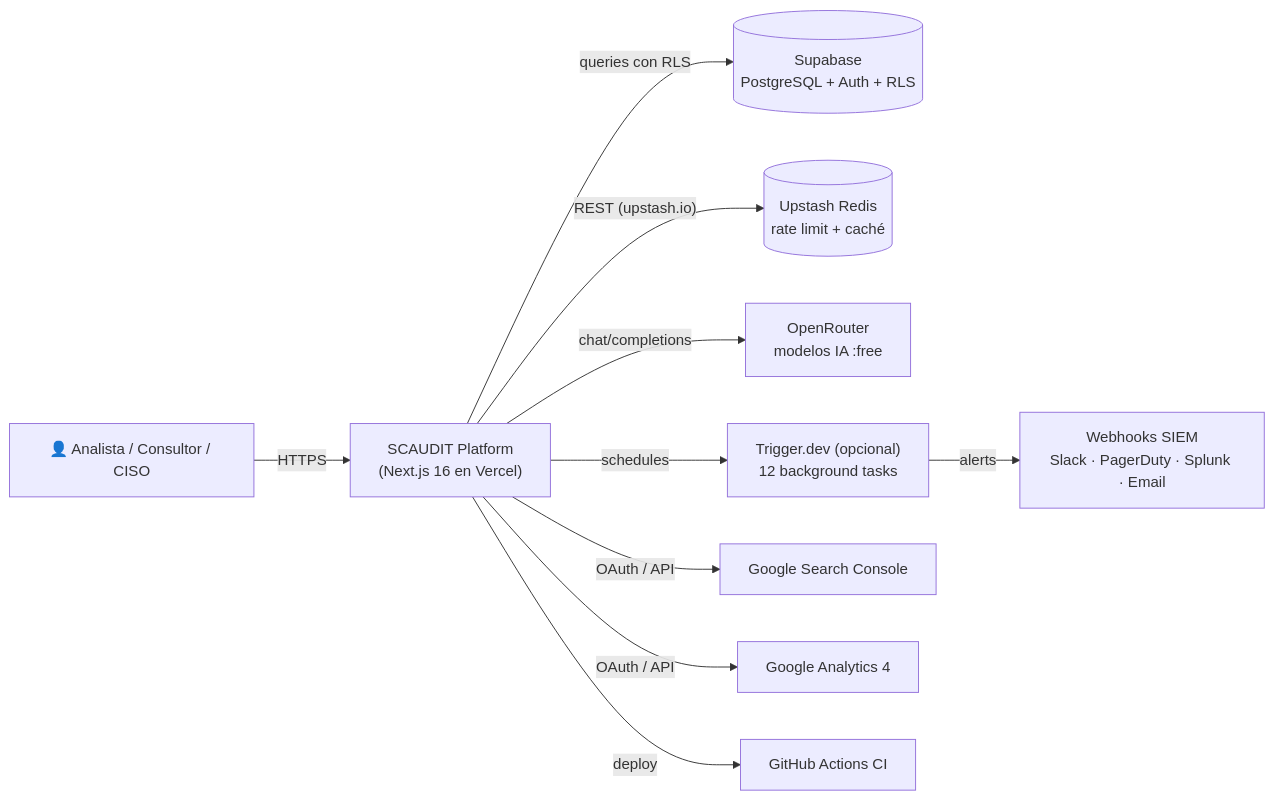
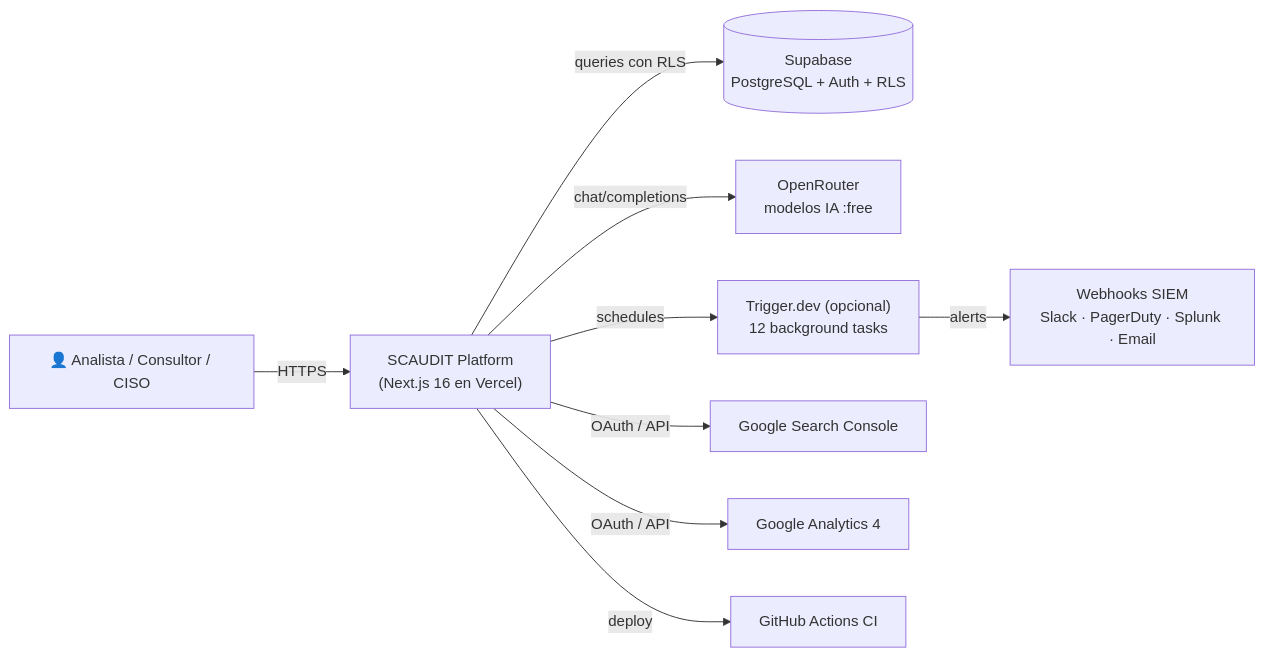
Before and after one commit to StrategicConnex/StrategicConnexAudit: the first of 8 diagrams in docs/architecture/ENTERPRISE-ARCHITECTURE.md, drawn with Mermaid. The commit also changed other lines of this file and 67 other files, not shown here.

````diff
--- a/docs/architecture/ENTERPRISE-ARCHITECTURE.md
+++ b/docs/architecture/ENTERPRISE-ARCHITECTURE.md
@@ -68,23 +68,21 @@
 ```mermaid
 flowchart LR
     USER["👤 Analista / Consultor / CISO"]
     APP["SCAUDIT Platform<br/>(Next.js 16 en Vercel)"]
     SUPABASE[("Supabase<br/>PostgreSQL + Auth + RLS")]
-    REDIS[("Upstash Redis<br/>rate limit + caché")]
     OPENROUTER["OpenRouter<br/>modelos IA :free"]
     TRIGGER["Trigger.dev (opcional)<br/>12 background tasks"]
     WEBHOOKS["Webhooks SIEM<br/>Slack · PagerDuty · Splunk · Email"]
     GSC["Google Search Console"]
     GA4["Google Analytics 4"]
     GITHUB["GitHub Actions CI"]
 
     USER -->|"HTTPS"| APP
     APP -->|"queries con RLS"| SUPABASE
-    APP -->|"REST (upstash.io)"| REDIS
     APP -->|"chat/completions"| OPENROUTER
     APP -->|"schedules"| TRIGGER
     TRIGGER -->|"alerts"| WEBHOOKS
     APP -->|"OAuth / API"| GSC
     APP -->|"OAuth / API"| GA4
     APP -->|"deploy"| GITHUB
 ```
````
